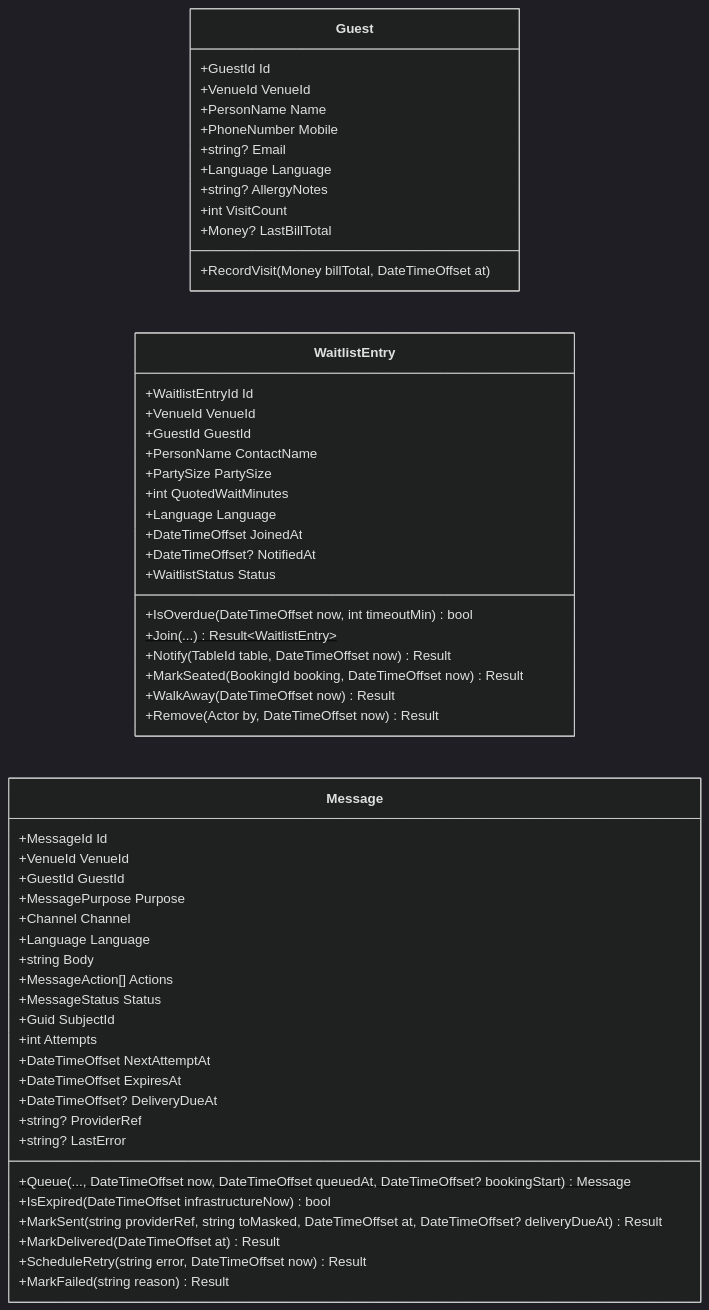
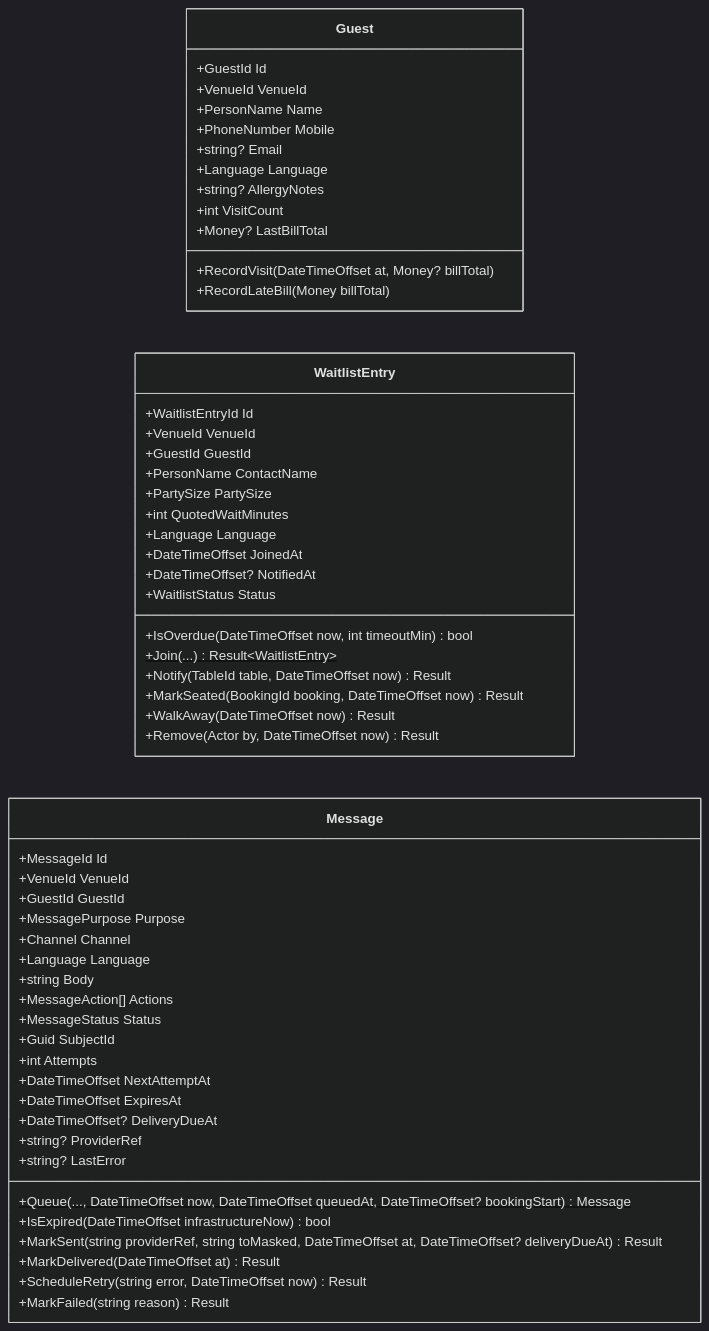
One commit to ring9834/TableReservation changed the fourth of 28 diagrams in docs/Design.md. Above: the diagram before and after it, drawn with Mermaid (dark theme). The commit also changed other lines of this file and 66 other files, not shown here.

First line of the commit message:
feat(pos): mock POS with ordered delivery, signed BillClosed and late-bill matching (#25)

````diff
--- a/docs/Design.md
+++ b/docs/Design.md
@@ -322,58 +323,59 @@
 ```mermaid
 classDiagram
     direction LR
     class Guest {
         +GuestId Id
         +VenueId VenueId
         +PersonName Name
         +PhoneNumber Mobile
         +string? Email
         +Language Language
         +string? AllergyNotes
         +int VisitCount
         +Money? LastBillTotal
-        +RecordVisit(Money billTotal, DateTimeOffset at)
+        +RecordVisit(DateTimeOffset at, Money? billTotal)
+        +RecordLateBill(Money billTotal)
     }
     class WaitlistEntry {
         +WaitlistEntryId Id
         +VenueId VenueId
         +GuestId GuestId
         +PersonName ContactName
         +PartySize PartySize
         +int QuotedWaitMinutes
         +Language Language
         +DateTimeOffset JoinedAt
         +DateTimeOffset? NotifiedAt
         +WaitlistStatus Status
         +IsOverdue(DateTimeOffset now, int timeoutMin) bool
         +Join(...)$ Result~WaitlistEntry~
         +Notify(TableId table, DateTimeOffset now) Result
         +MarkSeated(BookingId booking, DateTimeOffset now) Result
         +WalkAway(DateTimeOffset now) Result
         +Remove(Actor by, DateTimeOffset now) Result
     }
     class Message {
         +MessageId Id
         +VenueId VenueId
         +GuestId GuestId
         +MessagePurpose Purpose
         +Channel Channel
         +Language Language
         +string Body
         +MessageAction[] Actions
         +MessageStatus Status
         +Guid SubjectId
         +int Attempts
         +DateTimeOffset NextAttemptAt
         +DateTimeOffset ExpiresAt
         +DateTimeOffset? DeliveryDueAt
         +string? ProviderRef
         +string? LastError
         +Queue(..., DateTimeOffset now, DateTimeOffset queuedAt, DateTimeOffset? bookingStart)$ Message
         +IsExpired(DateTimeOffset infrastructureNow) bool
         +MarkSent(string providerRef, string toMasked, DateTimeOffset at, DateTimeOffset? deliveryDueAt) Result
         +MarkDelivered(DateTimeOffset at) Result
         +ScheduleRetry(string error, DateTimeOffset now) Result
         +MarkFailed(string reason) Result
     }
 ```
````
